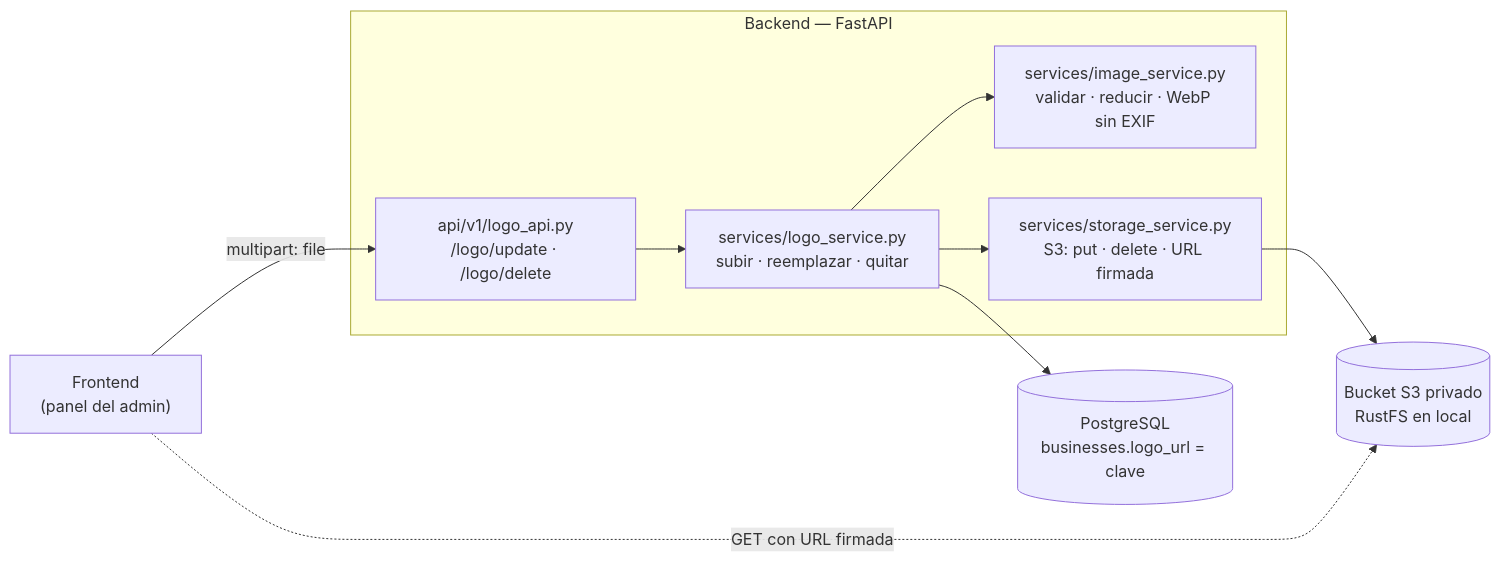
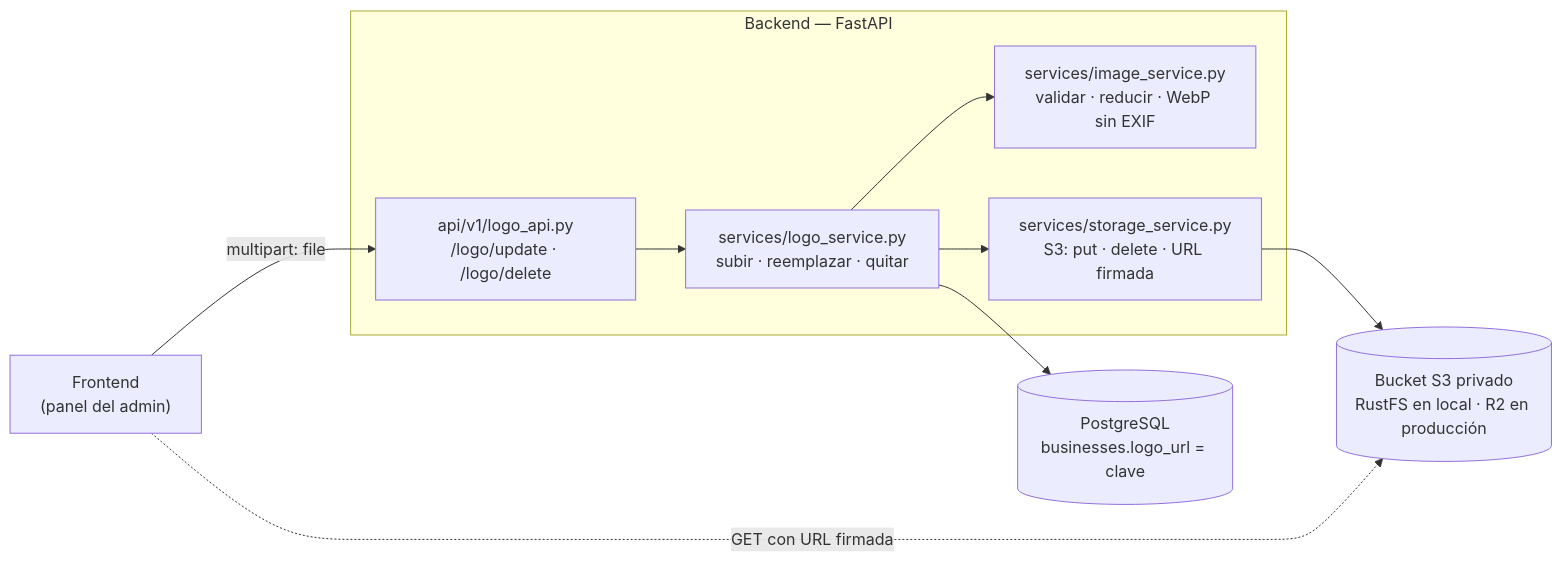
One commit to AGA-Studio/Member-Web changed the first of 2 diagrams in docs/STORAGE.md. Above: the diagram before and after it, drawn with Mermaid. The commit also changed other lines of this file and 2 other files, not shown here.

Commit message:
docs: documentar R2 como almacenamiento en producción

````diff
--- a/docs/STORAGE.md
+++ b/docs/STORAGE.md
@@ -34,20 +34,20 @@
 ```mermaid
 flowchart LR
     FE["Frontend<br/>(panel del admin)"]
     subgraph API["Backend — FastAPI"]
         R["api/v1/logo_api.py<br/>/logo/update · /logo/delete"]
         L["services/logo_service.py<br/>subir · reemplazar · quitar"]
         I["services/image_service.py<br/>validar · reducir · WebP sin EXIF"]
         S["services/storage_service.py<br/>S3: put · delete · URL firmada"]
     end
     DB[("PostgreSQL<br/>businesses.logo_url = clave")]
-    BK[("Bucket S3 privado<br/>RustFS en local")]
+    BK[("Bucket S3 privado<br/>RustFS en local · R2 en producción")]
 
     FE -- "multipart: file" --> R
     R --> L
     L --> I
     L --> S
     L --> DB
     S --> BK
     FE -. "GET con URL firmada" .-> BK
 ```
````
